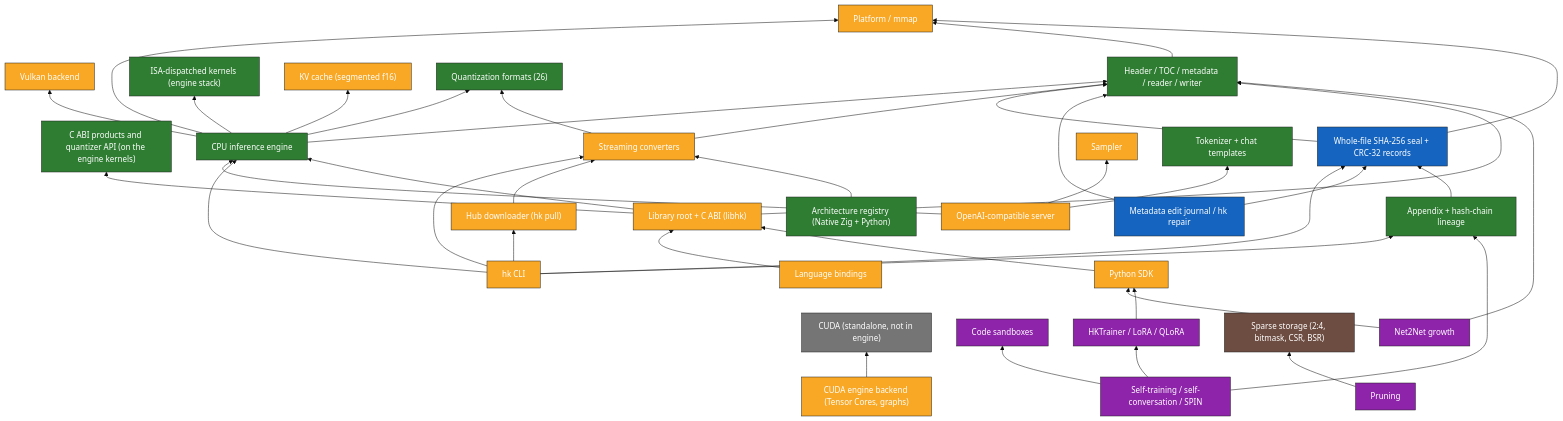
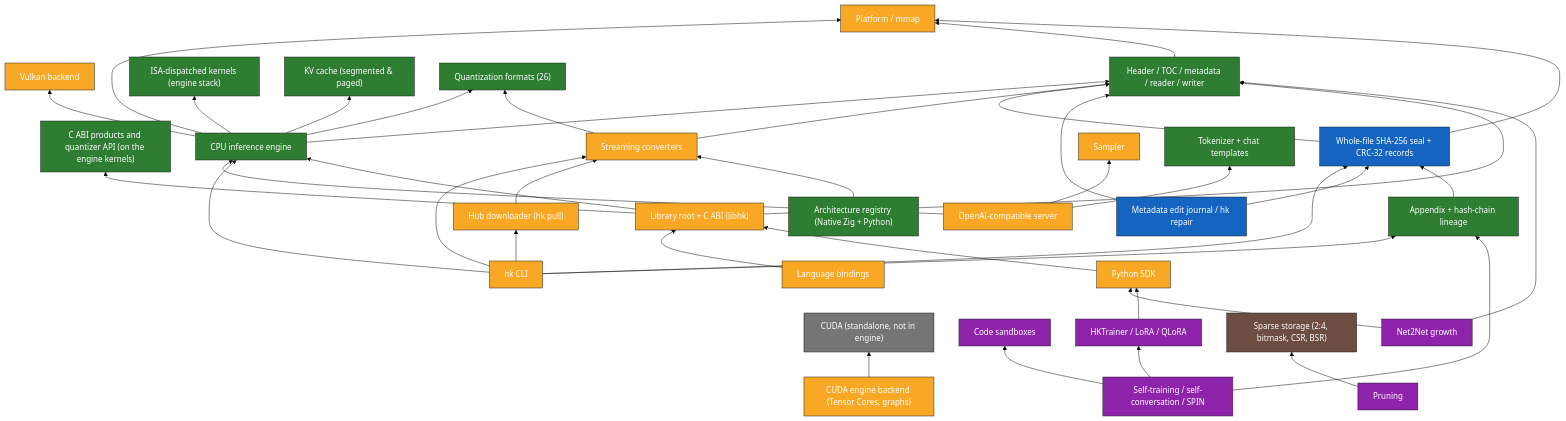
Before and after one commit to harshitkhandelwal208/hk: the second of 5 diagrams in docs/graph/GRAPH.md, drawn with Mermaid (base theme). The commit also changed other lines of this file and 12 other files, not shown here.

Commit message:
kv: paged KV cache architecture, chunked prefill, and GPU FlashAttention shader (plan §50, §80, §150)

````diff
--- a/docs/graph/GRAPH.md
+++ b/docs/graph/GRAPH.md
@@ -95,77 +95,77 @@
 ```mermaid
 flowchart BT
   n_appendix_lineage["Appendix + hash-chain lineage"]:::done
   n_architecture_registry["Architecture registry (Native Zig + Python)"]:::done
   n_backend_cuda_engine["CUDA engine backend (Tensor Cores, graphs)"]:::partial
   n_backend_cuda_standalone["CUDA (standalone, not in engine)"]:::legacy
   n_backend_vulkan["Vulkan backend"]:::partial
   n_bindings["Language bindings"]:::partial
   n_c_abi["Library root + C ABI (libhk)"]:::partial
   n_c_abi_ops["C ABI products and quantizer API (on the engine kernels)"]:::done
   n_cli["hk CLI"]:::partial
   n_code_sandbox["Code sandboxes"]:::prototype
   n_converters["Streaming converters"]:::partial
   n_engine["CPU inference engine"]:::done
   n_format_core["Header / TOC / metadata / reader / writer"]:::done
   n_growth["Net2Net growth"]:::prototype
   n_hub_pull["Hub downloader (hk pull)"]:::partial
   n_integrity["Whole-file SHA-256 seal + CRC-32 records"]:::in_progress
   n_kernels_engine["ISA-dispatched kernels (engine stack)"]:::done
-  n_kv_cache["KV cache (segmented f16)"]:::partial
+  n_kv_cache["KV cache (segmented & paged)"]:::done
   n_platform_mmap["Platform / mmap"]:::partial
   n_pruning["Pruning"]:::prototype
   n_python_sdk["Python SDK"]:::partial
   n_quant_formats["Quantization formats (26)"]:::done
   n_sampler["Sampler"]:::partial
   n_self_training["Self-training / self-conversation / SPIN"]:::prototype
   n_server["OpenAI-compatible server"]:::partial
   n_sparsity_storage["Sparse storage (2:4, bitmask, CSR, BSR)"]:::storage_only
   n_tokenizer["Tokenizer + chat templates"]:::done
   n_trainer["HKTrainer / LoRA / QLoRA"]:::prototype
   n_transaction["Metadata edit journal / hk repair"]:::in_progress
   n_engine --> n_kernels_engine
   n_engine --> n_quant_formats
   n_engine --> n_kv_cache
   n_engine --> n_format_core
   n_engine --> n_backend_vulkan
   n_engine --> n_platform_mmap
   n_server --> n_engine
   n_server --> n_sampler
   n_server --> n_tokenizer
   n_cli --> n_engine
   n_cli --> n_hub_pull
   n_cli --> n_converters
   n_cli --> n_appendix_lineage
   n_cli --> n_integrity
   n_hub_pull --> n_converters
   n_converters --> n_format_core
   n_converters --> n_quant_formats
   n_format_core --> n_platform_mmap
   n_integrity --> n_format_core
   n_integrity --> n_platform_mmap
   n_transaction --> n_integrity
   n_transaction --> n_format_core
   n_appendix_lineage --> n_integrity
   n_c_abi --> n_c_abi_ops
   n_c_abi --> n_format_core
   n_c_abi --> n_engine
   n_bindings --> n_c_abi
   n_python_sdk --> n_c_abi
   n_architecture_registry --> n_converters
   n_growth --> n_format_core
   n_growth --> n_python_sdk
   n_trainer --> n_python_sdk
   n_self_training --> n_trainer
   n_self_training --> n_code_sandbox
   n_self_training --> n_appendix_lineage
   n_pruning --> n_sparsity_storage
   n_backend_cuda_engine --> n_backend_cuda_standalone
   classDef done fill:#2e7d32,stroke:#222,color:#fff;
   classDef partial fill:#f9a825,stroke:#222,color:#fff;
   classDef in_progress fill:#1565c0,stroke:#222,color:#fff;
   classDef prototype fill:#8e24aa,stroke:#222,color:#fff;
   classDef storage_only fill:#6d4c41,stroke:#222,color:#fff;
   classDef legacy fill:#757575,stroke:#222,color:#fff;
   classDef untested_hw fill:#ef6c00,stroke:#222,color:#fff;
   classDef not_started fill:#c62828,stroke:#222,color:#fff;
 ```
````
